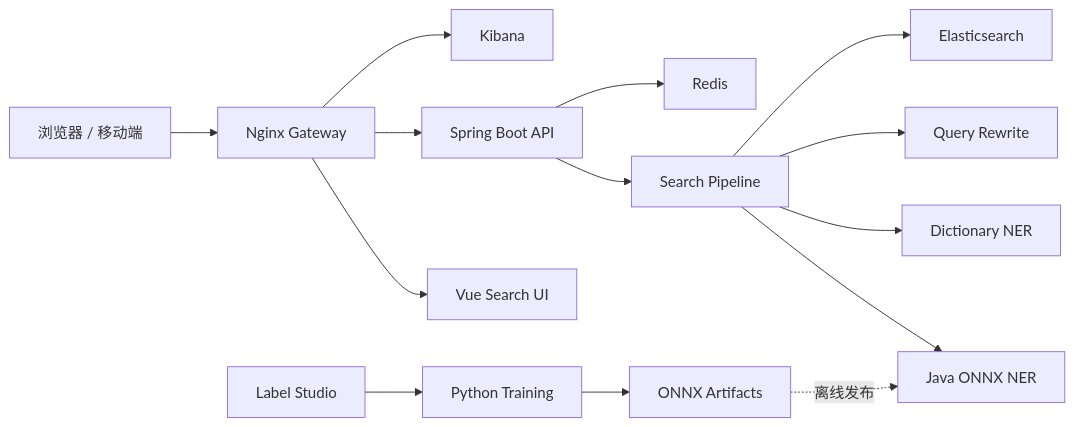
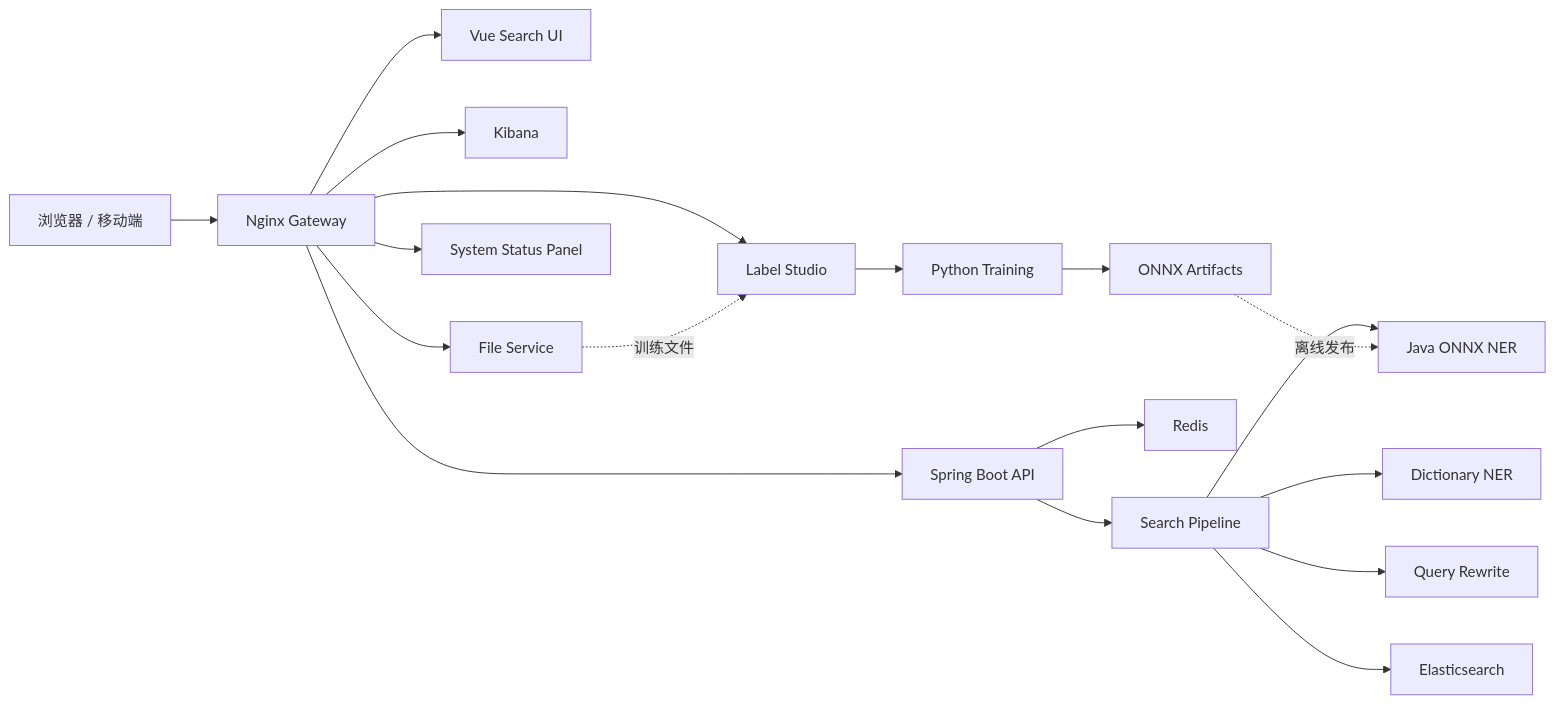
Before and after one commit to tansong33/vemall-ai-search: the diagram in README.md, drawn with Mermaid. The commit also changed other lines of this file and 128 other files, not shown here.

````diff
--- a/README.md
+++ b/README.md
@@ -47,18 +49,22 @@
 ```mermaid
 flowchart LR
     U[浏览器 / 移动端] --> N[Nginx Gateway]
     N --> V[Vue Search UI]
     N --> J[Spring Boot API]
     N --> K[Kibana]
+    N --> L[Label Studio]
+    N --> F[File Service]
+    N --> S[System Status Panel]
 
     J --> P[Search Pipeline]
     P --> R[Java ONNX NER]
     P --> D[Dictionary NER]
     P --> Q[Query Rewrite]
     P --> E[Elasticsearch]
     J --> C[Redis]
 
-    L[Label Studio] --> T[Python Training]
+    F -. 训练文件 .-> L
+    L --> T[Python Training]
     T --> O[ONNX Artifacts]
     O -. 离线发布 .-> R
 ```
````
